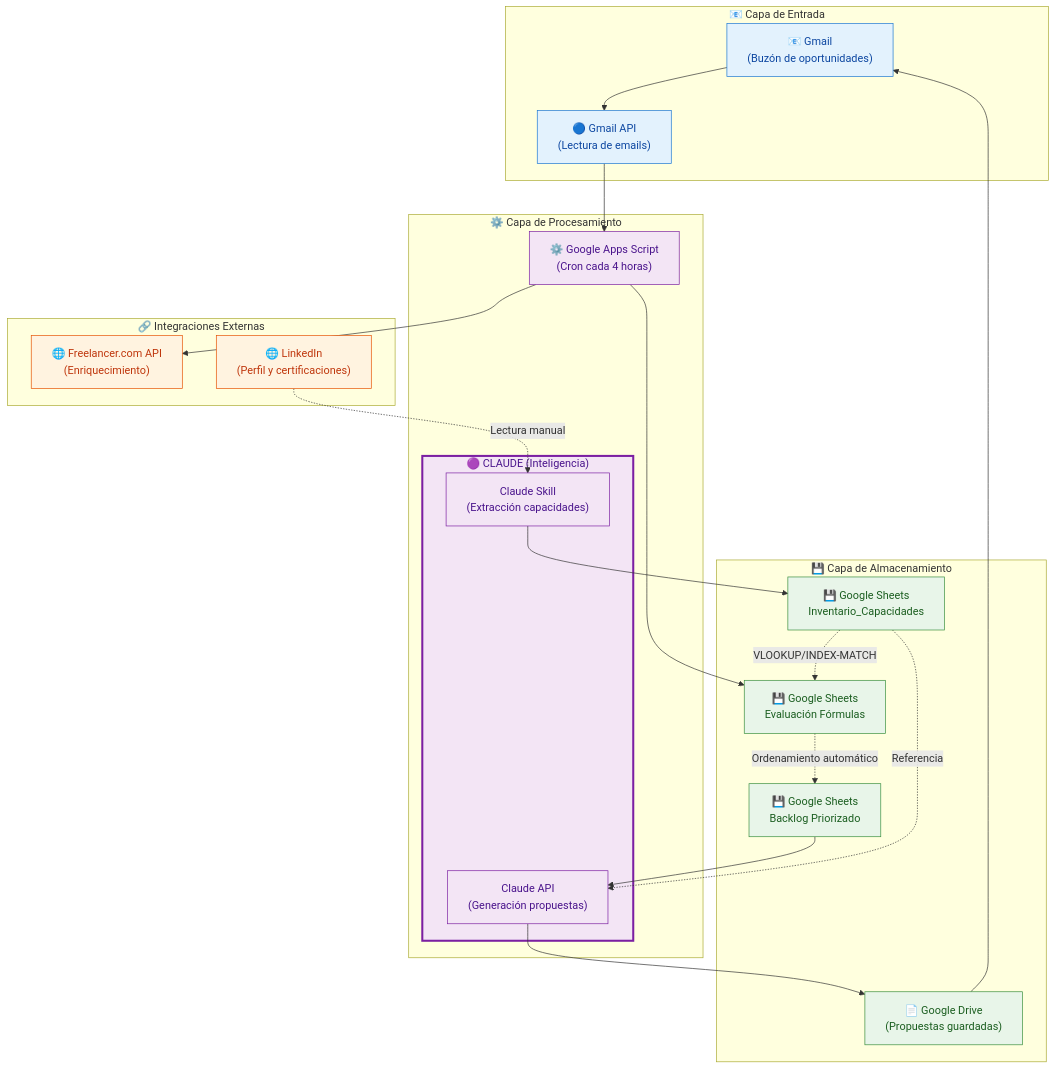
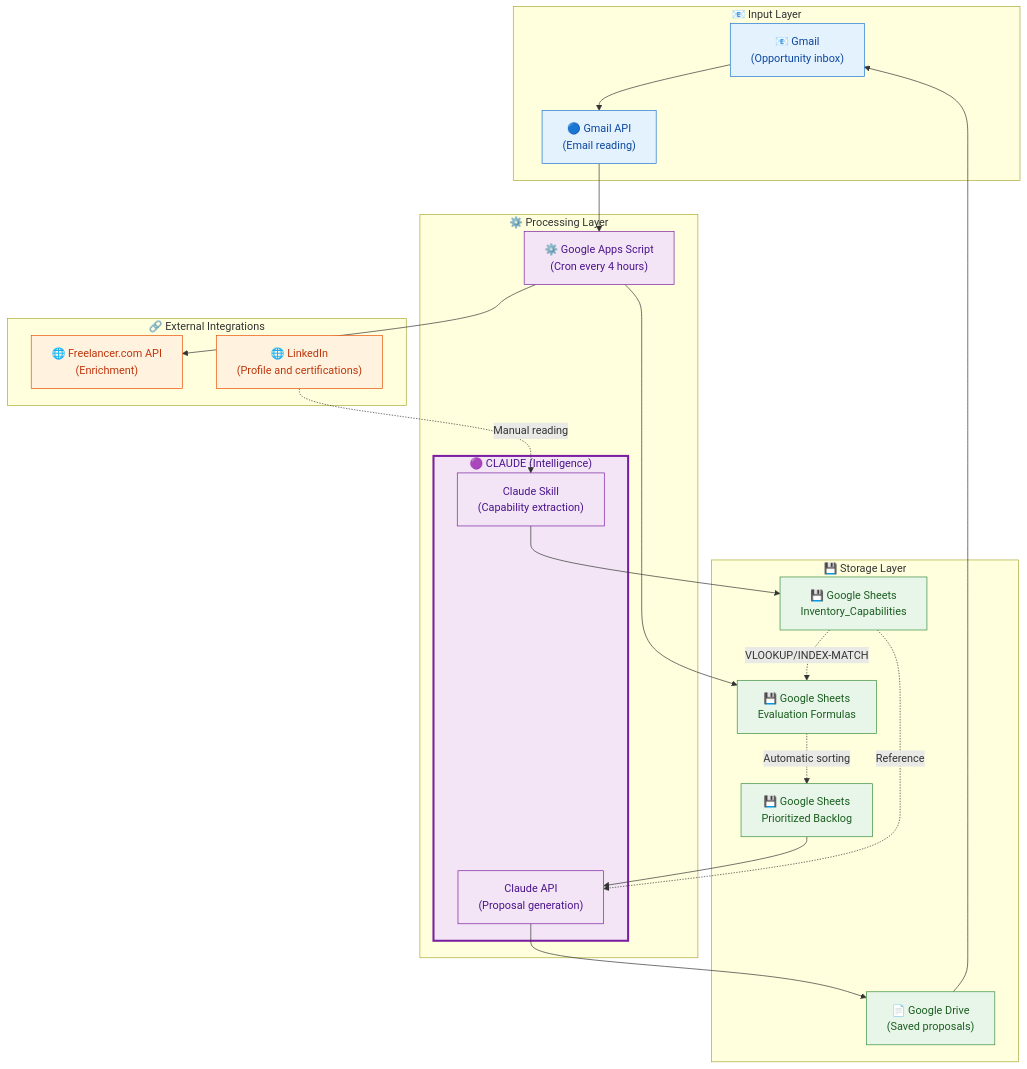
Before and after one commit to yadenispinero/Leads-auto: the first of 4 diagrams in docs/vistas/componentes_tecnologicos.md, drawn with Mermaid. The commit also changed other lines of this file, not shown here.

First line of the commit message:
docs: Translate all diagrams and content to English

````diff
--- a/docs/vistas/componentes_tecnologicos.md
+++ b/docs/vistas/componentes_tecnologicos.md
@@ -50,59 +50,59 @@
 ```mermaid
 graph TB
-    subgraph "📧 Capa de Entrada"
-        Gmail["📧 Gmail<br/>(Buzón de oportunidades)"]
-        GmailAPI["🔵 Gmail API<br/>(Lectura de emails)"]
+    subgraph "📧 Input Layer"
+        Gmail["📧 Gmail<br/>(Opportunity inbox)"]
+        GmailAPI["🔵 Gmail API<br/>(Email reading)"]
     end
 
-    subgraph "⚙️ Capa de Procesamiento"
-        GAS["⚙️ Google Apps Script<br/>(Cron cada 4 horas)"]
+    subgraph "⚙️ Processing Layer"
+        GAS["⚙️ Google Apps Script<br/>(Cron every 4 hours)"]
         
-        subgraph Claude["🟣 CLAUDE (Inteligencia)"]
-            ClaudeSkill["Claude Skill<br/>(Extracción capacidades)"]
-            ClaudeAPI["Claude API<br/>(Generación propuestas)"]
+        subgraph Claude["🟣 CLAUDE (Intelligence)"]
+            ClaudeSkill["Claude Skill<br/>(Capability extraction)"]
+            ClaudeAPI["Claude API<br/>(Proposal generation)"]
         end
     end
 
-    subgraph "💾 Capa de Almacenamiento"
-        SheetsInventario["💾 Google Sheets<br/>Inventario_Capacidades"]
-        SheetsEvaluacion["💾 Google Sheets<br/>Evaluación Fórmulas"]
-        SheetsBacklog["💾 Google Sheets<br/>Backlog Priorizado"]
-        Drive["📄 Google Drive<br/>(Propuestas guardadas)"]
+    subgraph "💾 Storage Layer"
+        SheetsInventario["💾 Google Sheets<br/>Inventory_Capabilities"]
+        SheetsEvaluacion["💾 Google Sheets<br/>Evaluation Formulas"]
+        SheetsBacklog["💾 Google Sheets<br/>Prioritized Backlog"]
+        Drive["📄 Google Drive<br/>(Saved proposals)"]
     end
 
-    subgraph "🔗 Integraciones Externas"
-        Freelancer["🌐 Freelancer.com API<br/>(Enriquecimiento)"]
-        LinkedIn["🌐 LinkedIn<br/>(Perfil y certificaciones)"]
+    subgraph "🔗 External Integrations"
+        Freelancer["🌐 Freelancer.com API<br/>(Enrichment)"]
+        LinkedIn["🌐 LinkedIn<br/>(Profile and certifications)"]
     end
 
-    %% Conexiones
+    %% Connections
     Gmail --> GmailAPI
     GmailAPI --> GAS
     GAS --> Freelancer
     GAS --> SheetsEvaluacion
     
     SheetsInventario -.->|VLOOKUP/INDEX-MATCH| SheetsEvaluacion
-    SheetsEvaluacion -.->|Ordenamiento automático| SheetsBacklog
+    SheetsEvaluacion -.->|Automatic sorting| SheetsBacklog
     
     ClaudeSkill --> SheetsInventario
-    LinkedIn -.->|Lectura manual| ClaudeSkill
+    LinkedIn -.->|Manual reading| ClaudeSkill
     
     SheetsBacklog --> ClaudeAPI
     ClaudeAPI --> Drive
     Drive --> Gmail
     
-    SheetsInventario -.->|Referencia| ClaudeAPI
+    SheetsInventario -.->|Reference| ClaudeAPI
 
     classDef entrada fill:#e3f2fd,stroke:#1976d2,color:#0d47a1
     classDef proceso fill:#f3e5f5,stroke:#7b1fa2,color:#4a148c
     classDef almacen fill:#e8f5e9,stroke:#388e3c,color:#1b5e20
     classDef externo fill:#fff3e0,stroke:#e65100,color:#bf360c
     classDef claude fill:#f3e5f5,stroke:#7b1fa2,color:#4a148c,stroke-width:3px
 
     class Gmail,GmailAPI entrada
     class GAS proceso
     class Claude claude
     class ClaudeSkill,ClaudeAPI proceso
     class SheetsInventario,SheetsEvaluacion,SheetsBacklog,Drive almacen
     class Freelancer,LinkedIn externo
 ```
````
